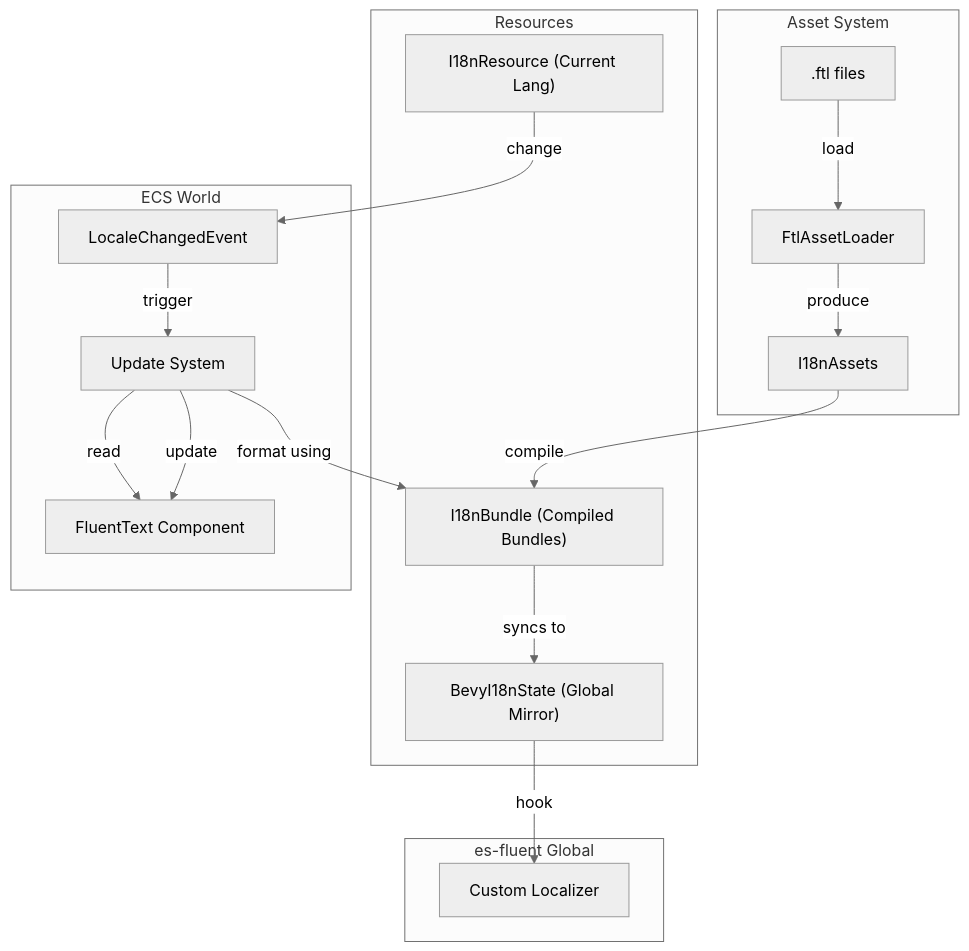
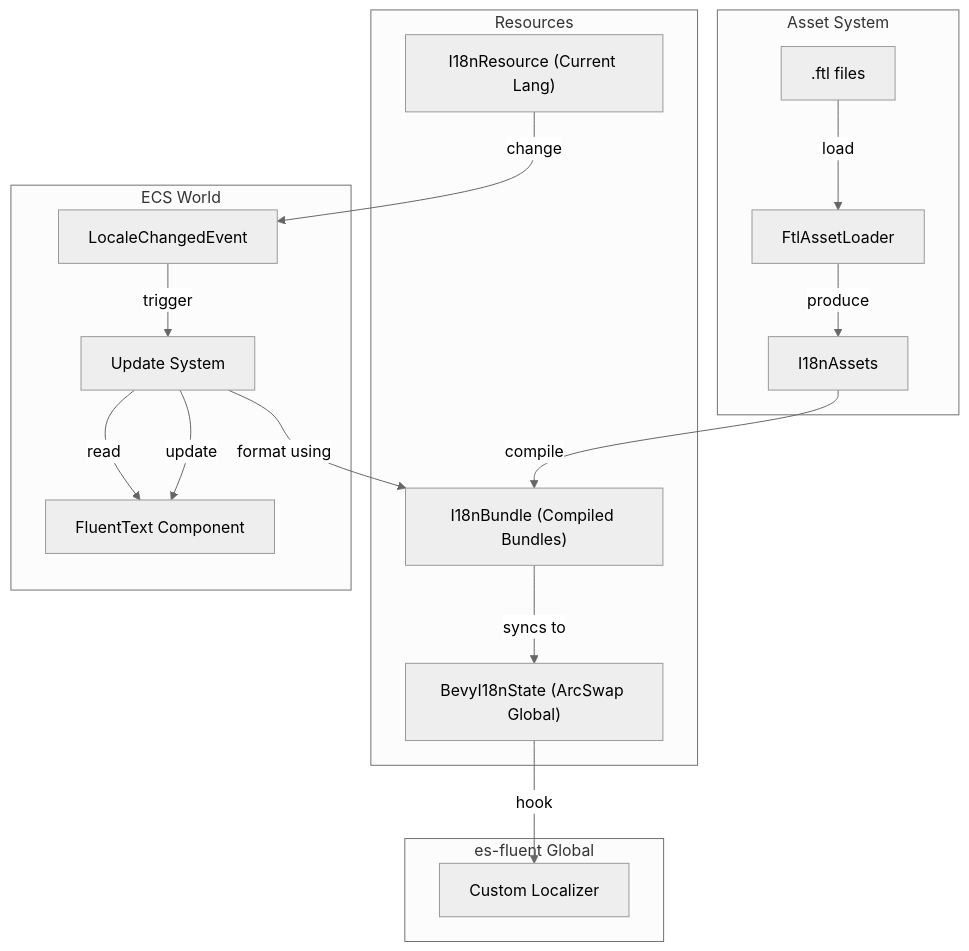
Before and after one commit to stayhydated/es-fluent: the diagram in crates/es-fluent-manager-bevy/docs/ARCHITECTURE.md, drawn with Mermaid (neutral theme). The commit also changed other lines of this file and 11 other files, not shown here.

Commit message:
arc_swap

````diff
--- a/crates/es-fluent-manager-bevy/docs/ARCHITECTURE.md
+++ b/crates/es-fluent-manager-bevy/docs/ARCHITECTURE.md
@@ -18,37 +18,37 @@
 ```mermaid
 flowchart TD
     subgraph ASSETS["Asset System"]
         DISK[".ftl files"]
         LOADER[FtlAssetLoader]
         STORE[I18nAssets]
     end
 
     subgraph STATE["Resources"]
         RES["I18nResource (Current Lang)"]
         BUNDLE["I18nBundle (Compiled Bundles)"]
-        GLOBAL["BevyI18nState (Global Mirror)"]
+        GLOBAL["BevyI18nState (ArcSwap Global)"]
     end
 
     subgraph ECS["ECS World"]
         COMP["FluentText Component"]
         SYS["Update System"]
         EVENT["LocaleChangedEvent"]
     end
 
     subgraph GLOBAL_CTX["es-fluent Global"]
         CUSTOM["Custom Localizer"]
     end
 
     DISK -->|load| LOADER
     LOADER -->|produce| STORE
     STORE -->|compile| BUNDLE
 
     RES -->|change| EVENT
     EVENT -->|trigger| SYS
     SYS -->|read| COMP
     SYS -->|format using| BUNDLE
     SYS -->|update| COMP
 
     BUNDLE -->|syncs to| GLOBAL
     GLOBAL -->|hook| CUSTOM
 ```
````
